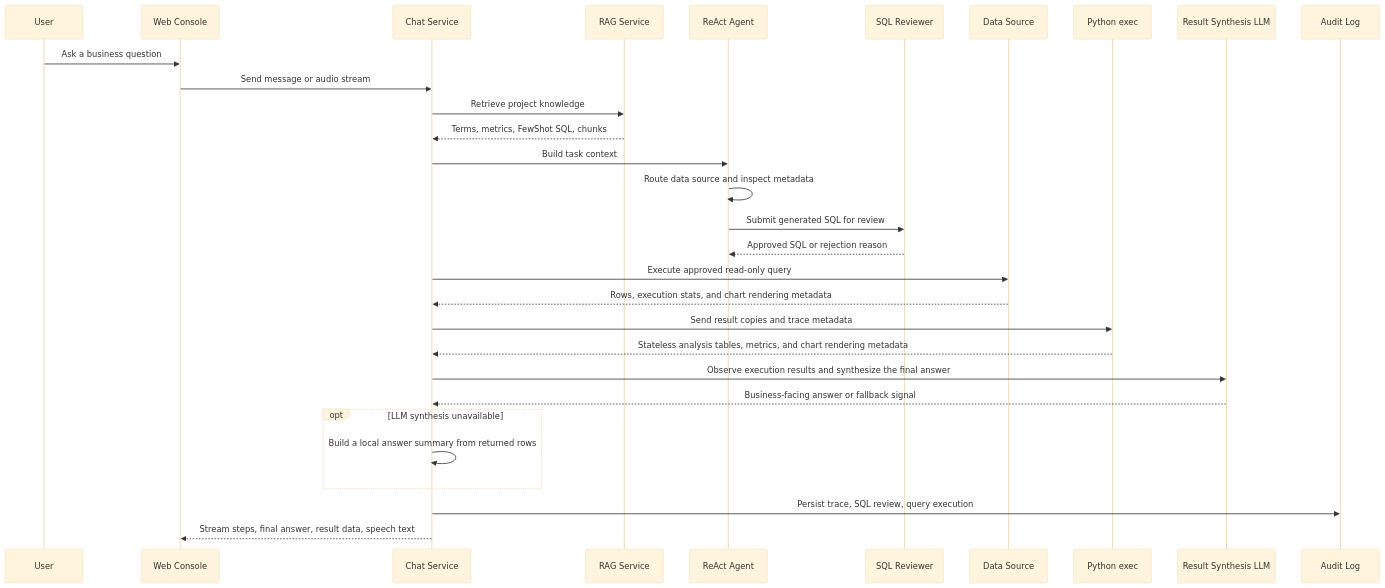
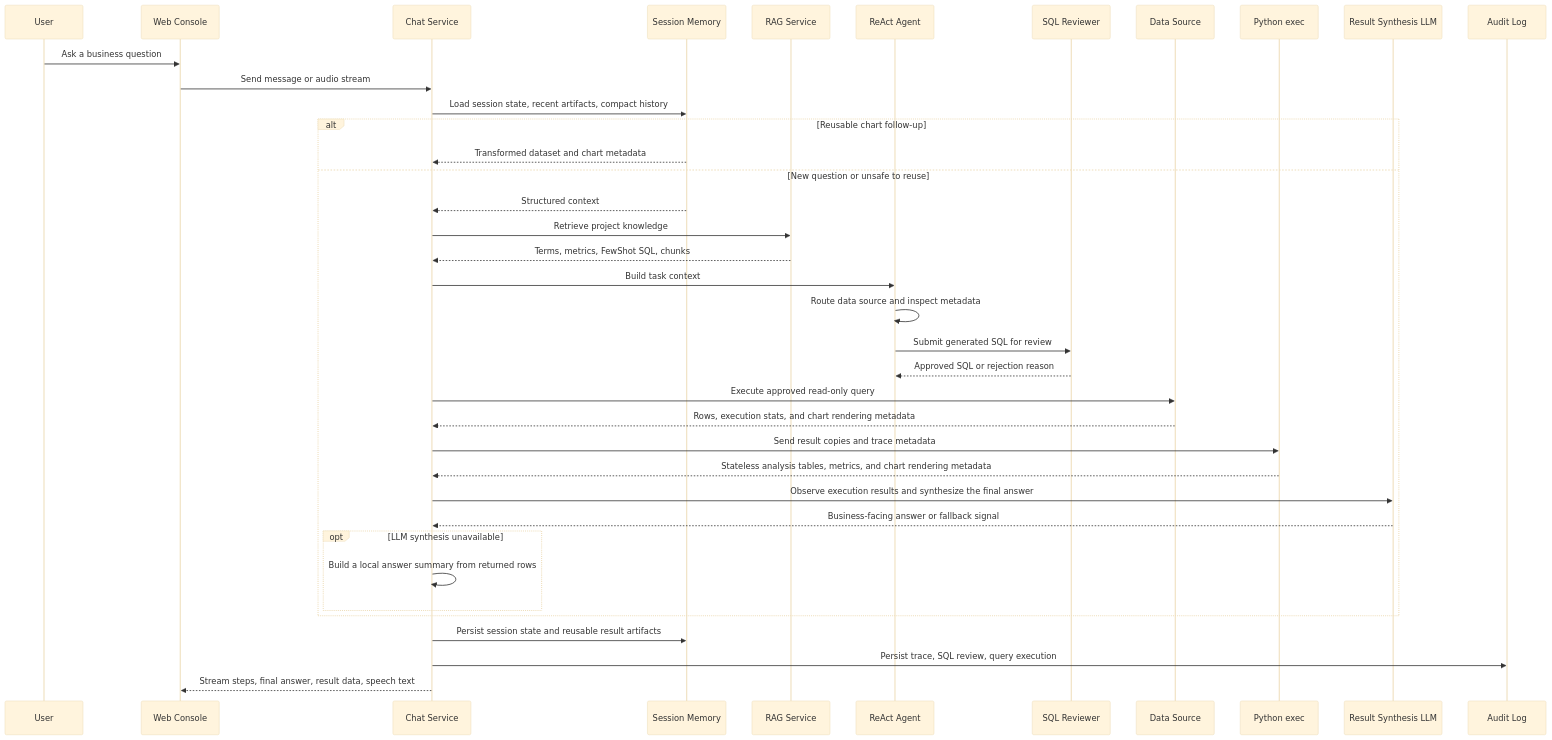
One commit to fanxiangqing/ling-shu changed the third of 3 diagrams in README.md. Above: the diagram before and after it, drawn with Mermaid (base theme). The commit also changed other lines of this file and 20 other files, not shown here.

Commit message:
feat: add structured chat memory and result reuse

````diff
--- a/README.md
+++ b/README.md
@@ -503,33 +518,41 @@
 ```mermaid
 sequenceDiagram
   participant User as User
   participant Web as Web Console
   participant Chat as Chat Service
+  participant Memory as Session Memory
   participant RAG as RAG Service
   participant Agent as ReAct Agent
   participant SQL as SQL Reviewer
   participant DB as Data Source
   participant PyExec as Python exec
   participant LLM as Result Synthesis LLM
   participant Audit as Audit Log
 
   User->>Web: Ask a business question
   Web->>Chat: Send message or audio stream
-  Chat->>RAG: Retrieve project knowledge
-  RAG-->>Chat: Terms, metrics, FewShot SQL, chunks
-  Chat->>Agent: Build task context
-  Agent->>Agent: Route data source and inspect metadata
-  Agent->>SQL: Submit generated SQL for review
-  SQL-->>Agent: Approved SQL or rejection reason
-  Chat->>DB: Execute approved read-only query
-  DB-->>Chat: Rows, execution stats, and chart rendering metadata
-  Chat->>PyExec: Send result copies and trace metadata
-  PyExec-->>Chat: Stateless analysis tables, metrics, and chart rendering metadata
-  Chat->>LLM: Observe execution results and synthesize the final answer
-  LLM-->>Chat: Business-facing answer or fallback signal
-  opt LLM synthesis unavailable
-    Chat->>Chat: Build a local answer summary from returned rows
+  Chat->>Memory: Load session state, recent artifacts, compact history
+  alt Reusable chart follow-up
+    Memory-->>Chat: Transformed dataset and chart metadata
+  else New question or unsafe to reuse
+    Memory-->>Chat: Structured context
+    Chat->>RAG: Retrieve project knowledge
+    RAG-->>Chat: Terms, metrics, FewShot SQL, chunks
+    Chat->>Agent: Build task context
+    Agent->>Agent: Route data source and inspect metadata
+    Agent->>SQL: Submit generated SQL for review
+    SQL-->>Agent: Approved SQL or rejection reason
+    Chat->>DB: Execute approved read-only query
+    DB-->>Chat: Rows, execution stats, and chart rendering metadata
+    Chat->>PyExec: Send result copies and trace metadata
+    PyExec-->>Chat: Stateless analysis tables, metrics, and chart rendering metadata
+    Chat->>LLM: Observe execution results and synthesize the final answer
+    LLM-->>Chat: Business-facing answer or fallback signal
+    opt LLM synthesis unavailable
+      Chat->>Chat: Build a local answer summary from returned rows
+    end
   end
+  Chat->>Memory: Persist session state and reusable result artifacts
   Chat->>Audit: Persist trace, SQL review, query execution
   Chat-->>Web: Stream steps, final answer, result data, speech text
 ```
````
